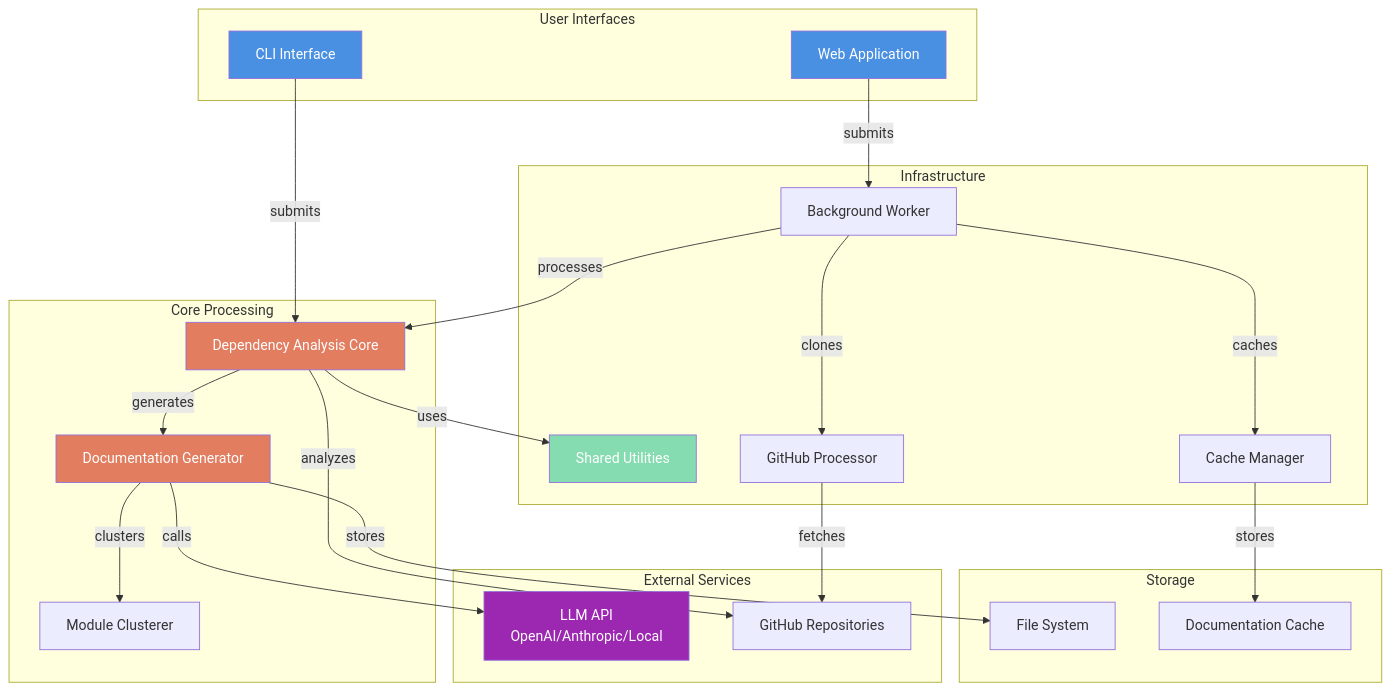
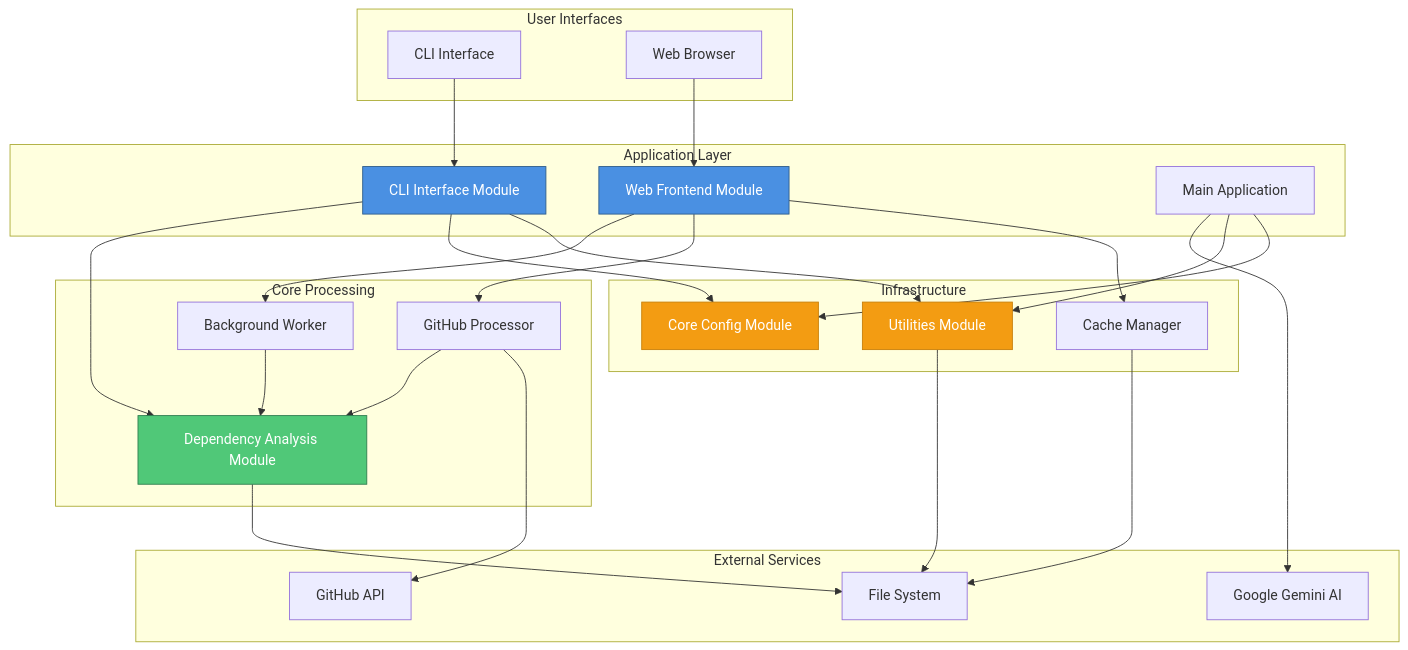
Before and after one commit to lsu123/ai-agent: the first of 6 diagrams in docs/overview.md, drawn with Mermaid. The commit also changed other lines of this file and 10 other files, not shown here.

````diff
--- a/docs/overview.md
+++ b/docs/overview.md
@@ -22,55 +21,60 @@
 ```mermaid
 graph TB
     subgraph "User Interfaces"
         CLI[CLI Interface]
-        WEB[Web Application]
+        WebUI[Web Browser]
+    end
+    
+    subgraph "Application Layer"
+        CLIModule[CLI Interface Module]
+        WebFE[Web Frontend Module]
+        MainApp[Main Application]
     end
     
     subgraph "Core Processing"
-        DA[Dependency Analysis Core]
-        DG[Documentation Generator]
-        MC[Module Clusterer]
+        DepAnalysis[Dependency Analysis Module]
+        BgWorker[Background Worker]
+        GitHubProc[GitHub Processor]
     end
     
     subgraph "Infrastructure"
-        SU[Shared Utilities]
-        CM[Cache Manager]
-        BW[Background Worker]
-        GH[GitHub Processor]
+        Config[Core Config Module]
+        Utils[Utilities Module]
+        Cache[Cache Manager]
     end
     
     subgraph "External Services"
-        LLM[LLM API<br/>OpenAI/Anthropic/Local]
-        GITHUB[GitHub Repositories]
+        Gemini[Google Gemini AI]
+        GitHub[GitHub API]
+        FileSystem[File System]
     end
     
-    subgraph "Storage"
-        FS[File System]
-        CACHE[Documentation Cache]
-    end
+    CLI --> CLIModule
+    WebUI --> WebFE
     
-    CLI -->|submits| DA
-    WEB -->|submits| BW
-    BW -->|processes| DA
+    CLIModule --> DepAnalysis
+    CLIModule --> Config
+    CLIModule --> Utils
     
-    DA -->|analyzes| GITHUB
-    DA -->|uses| SU
-    DA -->|generates| DG
+    WebFE --> BgWorker
+    WebFE --> GitHubProc
+    WebFE --> Cache
     
-    DG -->|clusters| MC
-    DG -->|calls| LLM
-    DG -->|stores| FS
+    BgWorker --> DepAnalysis
+    GitHubProc --> DepAnalysis
+    GitHubProc --> GitHub
     
-    BW -->|clones| GH
-    BW -->|caches| CM
-    CM -->|stores| CACHE
+    MainApp --> Gemini
+    MainApp --> Utils
+    MainApp --> Config
     
-    GH -->|fetches| GITHUB
+    DepAnalysis --> FileSystem
+    Utils --> FileSystem
+    Cache --> FileSystem
     
-    style CLI fill:#4A90E2,color:#fff
-    style WEB fill:#4A90E2,color:#fff
-    style DA fill:#E27D60,color:#fff
-    style DG fill:#E27D60,color:#fff
-    style SU fill:#85DCB0,color:#fff
-    style LLM fill:#9C27B0,color:#fff
+    style CLIModule fill:#4A90E2,stroke:#2E5C8A,color:#fff
+    style WebFE fill:#4A90E2,stroke:#2E5C8A,color:#fff
+    style DepAnalysis fill:#50C878,stroke:#2E7D4E,color:#fff
+    style Config fill:#F39C12,stroke:#C87F0A,color:#fff
+    style Utils fill:#F39C12,stroke:#C87F0A,color:#fff
 ```
````
